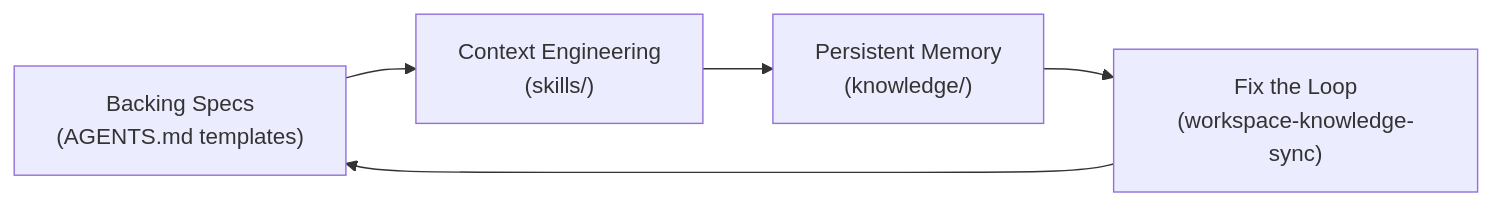
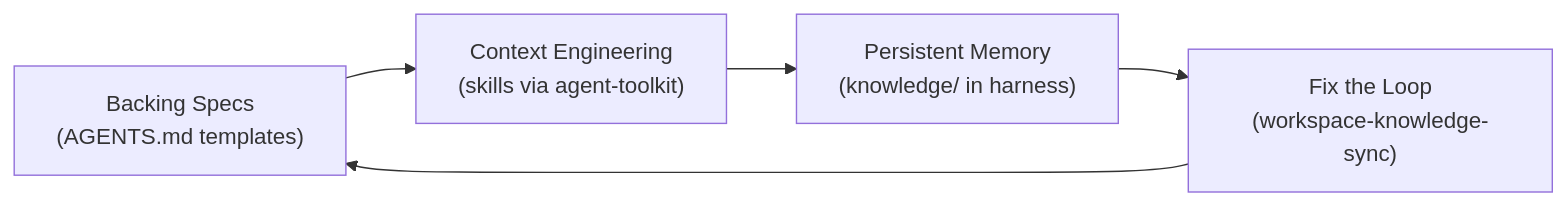
Before and after one commit to ulises-jeremias/agentic-workstation: the first of 3 diagrams in docs/AGENTIC_HARNESS.md, drawn with Mermaid. The commit also changed other lines of this file and 21 other files, not shown here.

````diff
--- a/docs/AGENTIC_HARNESS.md
+++ b/docs/AGENTIC_HARNESS.md
@@ -36,7 +37,7 @@
 ```mermaid
 flowchart LR
-    A["Backing Specs<br/>(AGENTS.md templates)"] --> B["Context Engineering<br/>(skills/)"]
-    B --> C["Persistent Memory<br/>(knowledge/)"]
+    A["Backing Specs<br/>(AGENTS.md templates)"] --> B["Context Engineering<br/>(skills via agent-toolkit)"]
+    B --> C["Persistent Memory<br/>(knowledge/ in harness)"]
     C --> D["Fix the Loop<br/>(workspace-knowledge-sync)"]
     D --> A
 ```
````
